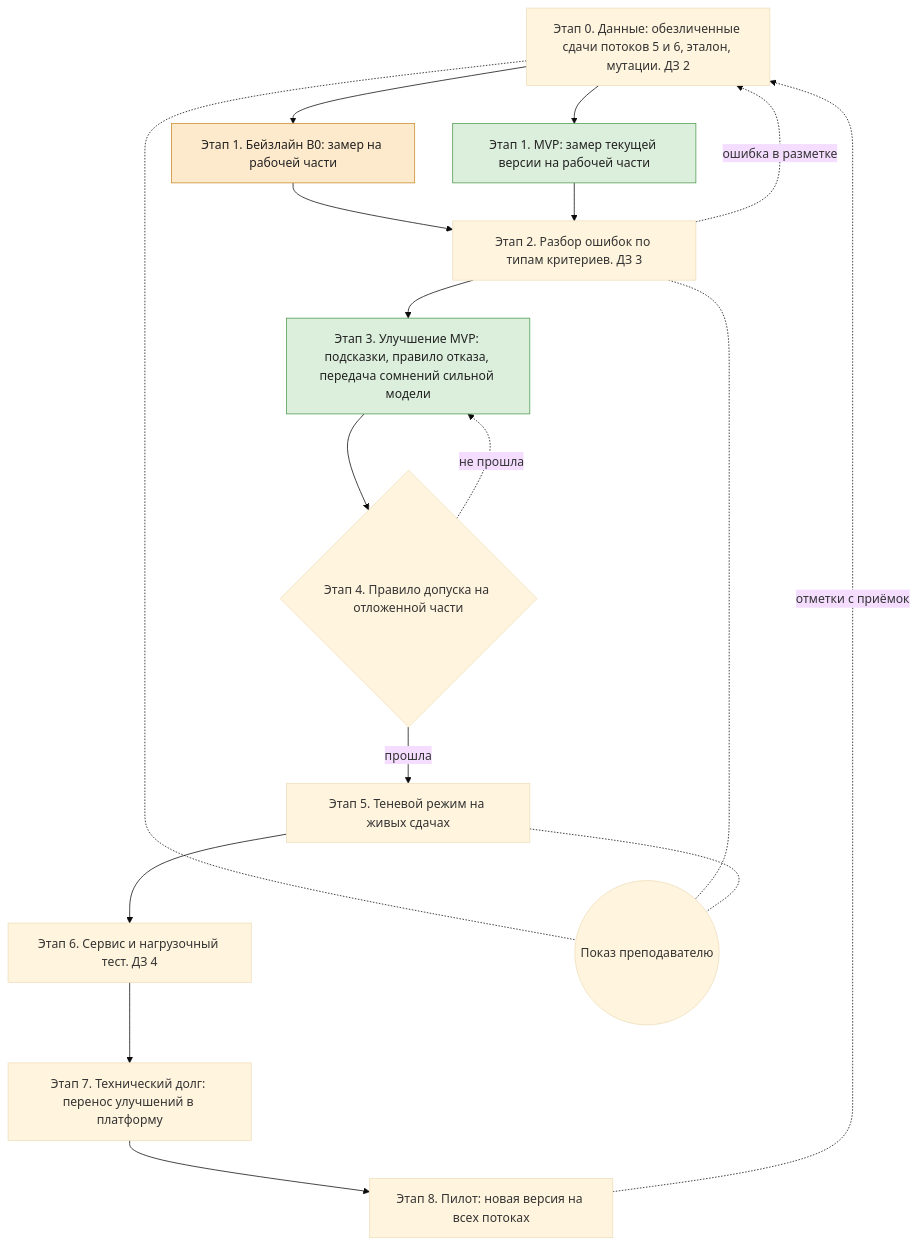
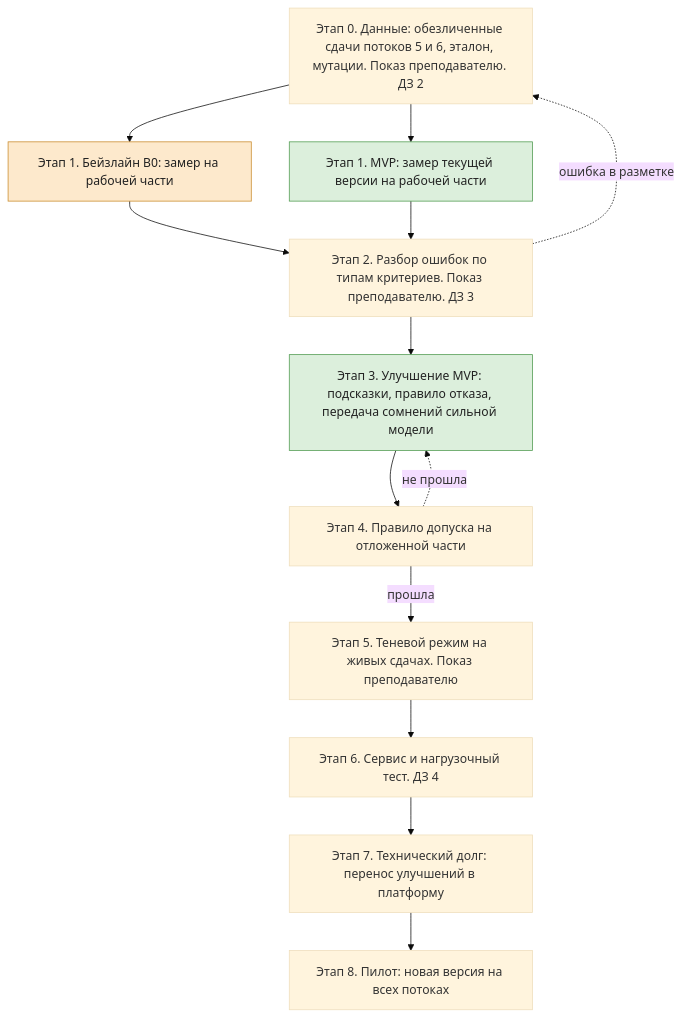
The third of 6 diagrams in docs/ml_system_design_doc.md (ChS23/mlsd-judge), drawn with Mermaid (base theme) before and after one commit. The commit also changed other lines of this file, not shown here.

Commit message:
docs: этапная схема проще, показ преподавателю внутри этапов
Ромб правила допуска занимал полэкрана, а пунктиры к отдельному узлу показа путались с возвратами.

````diff
--- a/docs/ml_system_design_doc.md
+++ b/docs/ml_system_design_doc.md
@@ -360,37 +361,32 @@
 ```mermaid
 %%{init: {"flowchart": {"wrappingWidth": 260}}}%%
 flowchart TB
-    S0[Этап 0. Данные: обезличенные сдачи потоков 5 и 6, эталон, мутации. ДЗ 2]
+    S0[Этап 0. Данные: обезличенные сдачи потоков 5 и 6, эталон, мутации. Показ преподавателю. ДЗ 2]
     S1B[Этап 1. Бейзлайн B0: замер на рабочей части]
     S1M[Этап 1. MVP: замер текущей версии на рабочей части]
-    S2[Этап 2. Разбор ошибок по типам критериев. ДЗ 3]
+    S2[Этап 2. Разбор ошибок по типам критериев. Показ преподавателю. ДЗ 3]
     S3[Этап 3. Улучшение MVP: подсказки, правило отказа, передача сомнений сильной модели]
-    S4{Этап 4. Правило допуска на отложенной части}
-    S5[Этап 5. Теневой режим на живых сдачах]
+    S4[Этап 4. Правило допуска на отложенной части]
+    S5[Этап 5. Теневой режим на живых сдачах. Показ преподавателю]
     S6[Этап 6. Сервис и нагрузочный тест. ДЗ 4]
     S7[Этап 7. Технический долг: перенос улучшений в платформу]
     S8[Этап 8. Пилот: новая версия на всех потоках]
-    T((Показ преподавателю))
 
     S0 --> S1B
     S0 --> S1M
     S1B --> S2
     S1M --> S2
     S2 --> S3
     S3 --> S4
     S4 -->|прошла| S5
     S5 --> S6
     S6 --> S7
     S7 --> S8
     S4 -.->|не прошла| S3
     S2 -.->|ошибка в разметке| S0
-    S8 -.->|отметки с приёмок| S0
-    S0 -.- T
-    S2 -.- T
-    S5 -.- T
 
     classDef base fill:#fde9cc,stroke:#c98a2b,color:#222
     classDef mvp fill:#dcefdc,stroke:#4f9a4f,color:#222
     class S1B base
     class S1M,S3 mvp
 ```
````
